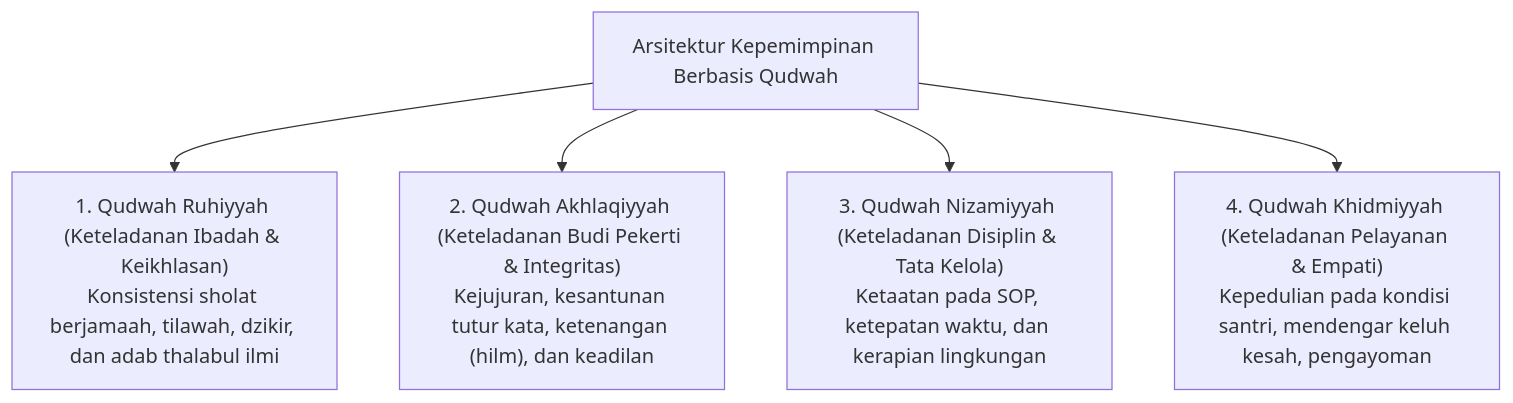
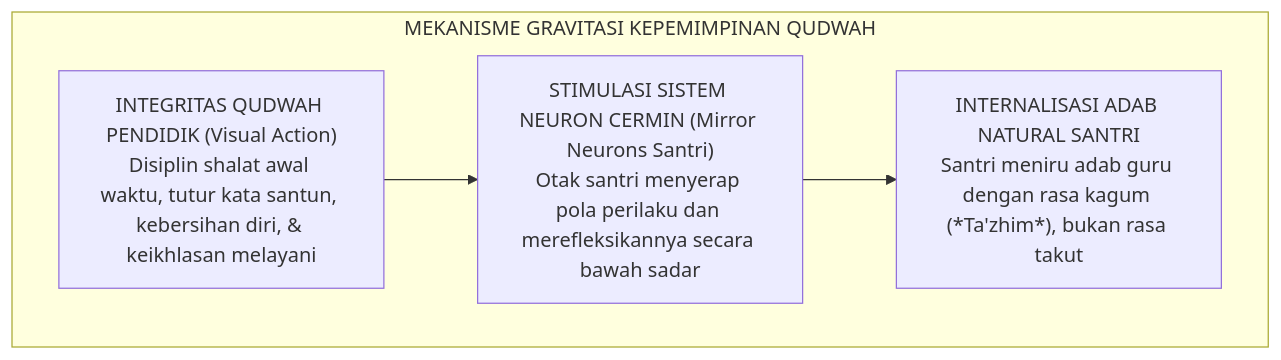
One commit to wandiapriliyandi/tumbuh changed the first of 2 diagrams in 01 Philosophy/05 Leadership/P1-05-01-Falsafah-Kepemimpinan-Berbasis-Qudwah.md. Above: the diagram before and after it, drawn with Mermaid. The commit also changed other lines of this file and 4 other files, not shown here.

````diff
--- a/01 Philosophy/05 Leadership/P1-05-01-Falsafah-Kepemimpinan-Berbasis-Qudwah.md
+++ b/01 Philosophy/05 Leadership/P1-05-01-Falsafah-Kepemimpinan-Berbasis-Qudwah.md
@@ -27,8 +28,10 @@
 ```mermaid
 graph TD
-    Qudwah["Arsitektur Kepemimpinan Berbasis Qudwah"]
-    Qudwah --> Q1["1. Qudwah Ruhiyyah (Keteladanan Ibadah & Keikhlasan)<br/>Konsistensi sholat berjamaah, tilawah, dzikir, dan adab thalabul ilmi"]
-    Qudwah --> Q2["2. Qudwah Akhlaqiyyah (Keteladanan Budi Pekerti & Integritas)<br/>Kejujuran, kesantunan tutur kata, ketenangan (hilm), dan keadilan"]
-    Qudwah --> Q3["3. Qudwah Nizamiyyah (Keteladanan Disiplin & Tata Kelola)<br/>Ketaatan pada SOP, ketepatan waktu, dan kerapian lingkungan"]
-    Qudwah --> Q4["4. Qudwah Khidmiyyah (Keteladanan Pelayanan & Empati)<br/>Kepedulian pada kondisi santri, mendengar keluh kesah, pengayoman"]
+    subgraph DinamikaQudwah["MEKANISME GRAVITASI KEPEMIMPINAN QUDWAH"]
+        Qudwah["INTEGRITAS QUDWAH PENDIDIK (Visual Action)<br/>Disiplin shalat awal waktu, tutur kata santun, kebersihan diri, & keikhlasan melayani"]
+        Mirror["STIMULASI SISTEM NEURON CERMIN (Mirror Neurons Santri)<br/>Otak santri menyerap pola perilaku dan merefleksikannya secara bawah sadar"]
+        AdabSantri["INTERNALISASI ADAB NATURAL SANTRI<br/>Santri meniru adab guru dengan rasa kagum (*Ta'zhim*), bukan rasa takut"]
+        
+        Qudwah --> Mirror --> AdabSantri
+    end
 ```
````
